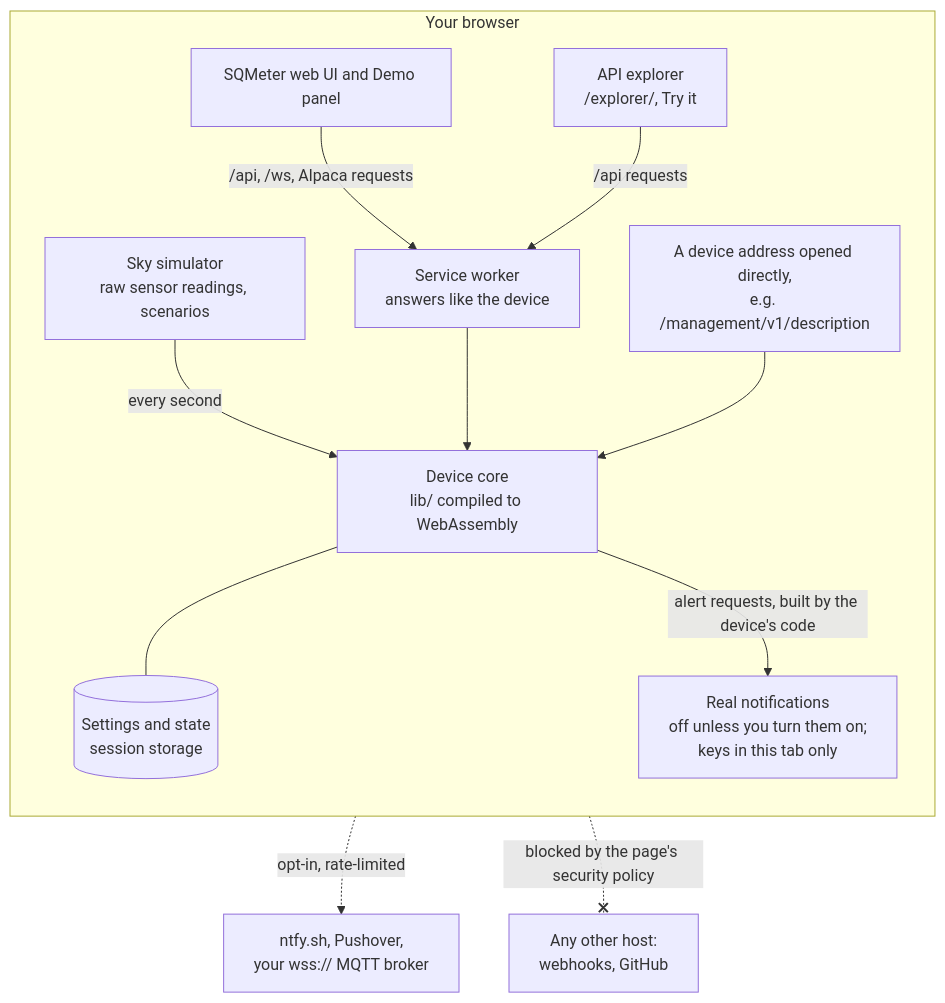
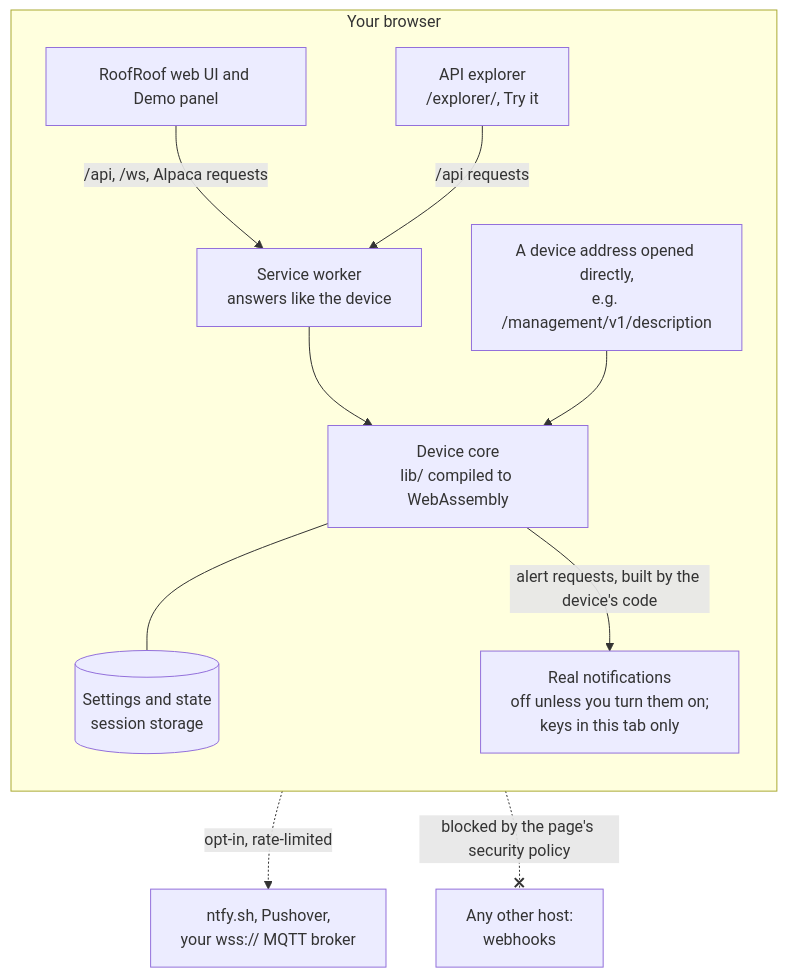
Before and after one commit to DeanJ87/RoofRoof: the diagram in docs/live-demo.md, drawn with Mermaid. The commit also changed other lines of this file and 285 other files, not shown here.

First line of the commit message:
001: contract schemas, i18n and checkers, docs and CI, tests and brand for RoofRoof

````diff
--- a/docs/live-demo.md
+++ b/docs/live-demo.md
@@ -110,17 +122,16 @@
 ```mermaid
 flowchart TB
     accTitle: How the demo works
-    accDescr: Everything runs in your browser. The sky simulator invents raw sensor readings and feeds the device core, the firmware's own logic compiled to WebAssembly, once a second. A service worker answers the web UI's and the API explorer's requests from that core, and device addresses opened directly are answered the same way. Only if you turn on real notifications does the browser send the core's alert requests to ntfy.sh, Pushover or your secure WebSocket broker; the page's security policy blocks every other host.
+    accDescr: Everything runs in your browser. The device core, the firmware's own logic compiled to WebAssembly, keeps the settings and state. A service worker answers the web UI's and the API explorer's requests from that core, and device addresses opened directly are answered the same way. Only if you turn on real notifications does the browser send the core's alert requests to ntfy.sh, Pushover or your secure WebSocket broker; the page's security policy blocks every other host.
     subgraph browser["Your browser"]
         direction TB
-        SIM["Sky simulator<br/>raw sensor readings, scenarios"] -->|every second| CORE["Device core<br/>lib/ compiled to WebAssembly"]
-        CORE --- STORE[("Settings and state<br/>session storage")]
-        UI["SQMeter web UI and Demo panel"] -->|"/api, /ws, Alpaca requests"| SW["Service worker<br/>answers like the device"]
+        CORE["Device core<br/>lib/ compiled to WebAssembly"] --- STORE[("Settings and state<br/>session storage")]
+        UI["RoofRoof web UI and Demo panel"] -->|"/api, /ws, Alpaca requests"| SW["Service worker<br/>answers like the device"]
         EXPLORER["API explorer<br/>/explorer/, Try it"] -->|"/api requests"| SW
         SW --> CORE
         DIRECT["A device address opened directly,<br/>e.g. /management/v1/description"] --> CORE
         CORE -->|"alert requests, built by the device's code"| REAL["Real notifications<br/>off unless you turn them on;<br/>keys in this tab only"]
     end
     REAL -.->|opt-in, rate-limited| SERVICES["ntfy.sh, Pushover,<br/>your wss:// MQTT broker"]
-    browser -.-x|blocked by the page's security policy| OUTSIDE["Any other host:<br/>webhooks, GitHub"]
+    browser -.-x|blocked by the page's security policy| OUTSIDE["Any other host:<br/>webhooks"]
 ```
````
